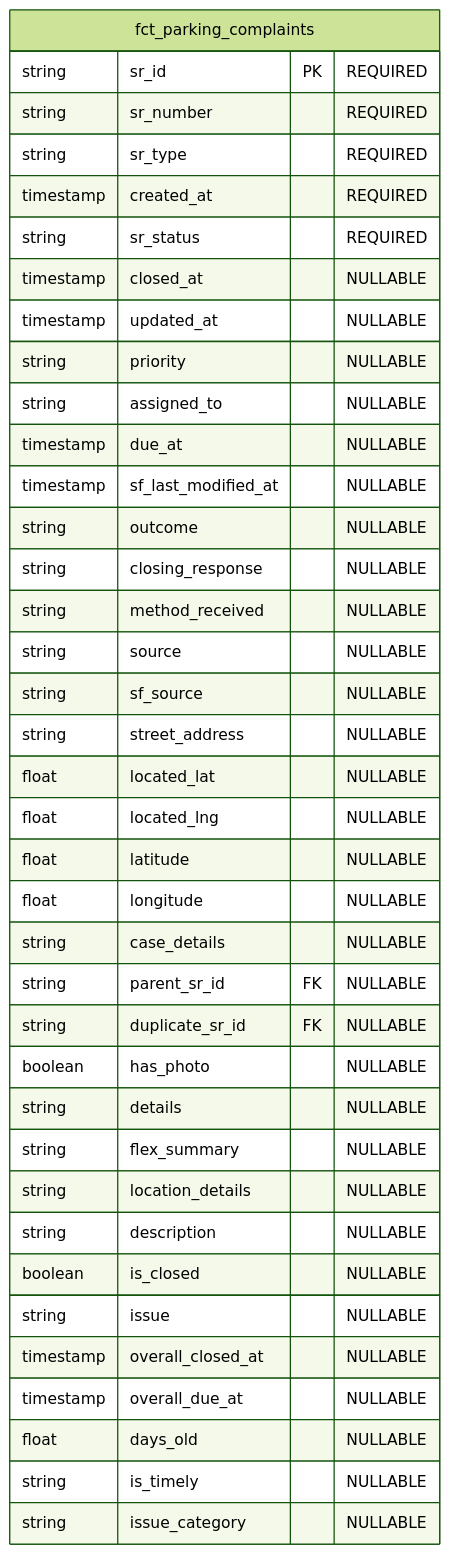
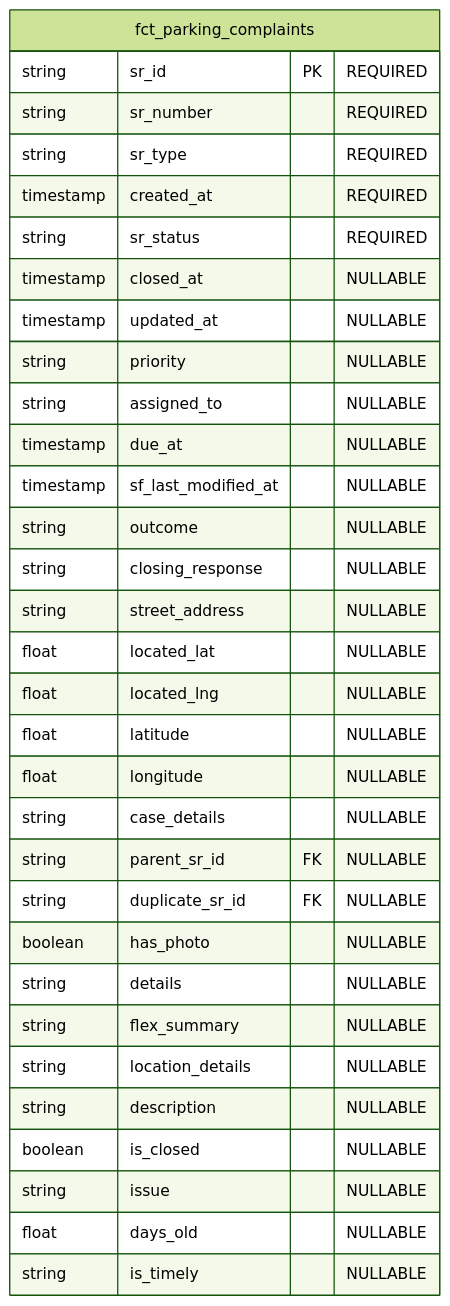
One commit to balt-opi/rfcs changed the third of 3 diagrams in 001-teo-app-backend/proposal.md. Above: the diagram before and after it, drawn with Mermaid (forest theme).

Commit message:
Remove unused fields from fct data model
Removed unnecessary fields from the proposed fact table structure.

````diff
--- a/001-teo-app-backend/proposal.md
+++ b/001-teo-app-backend/proposal.md
@@ -169,41 +169,35 @@
 ```mermaid
 erDiagram
   fct_parking_complaints {
     string sr_id PK "REQUIRED"
     string sr_number "REQUIRED"
     string sr_type "REQUIRED"
     timestamp created_at "REQUIRED"
     string sr_status "REQUIRED"
     timestamp closed_at "NULLABLE"
     timestamp updated_at "NULLABLE"
     string priority "NULLABLE"
     string assigned_to "NULLABLE"
     timestamp due_at "NULLABLE"
     timestamp sf_last_modified_at "NULLABLE"
     string outcome "NULLABLE"
     string closing_response "NULLABLE"
-    string method_received "NULLABLE"
-    string source "NULLABLE"
-    string sf_source "NULLABLE"
     string street_address "NULLABLE"
     float located_lat "NULLABLE"
     float located_lng "NULLABLE"
     float latitude "NULLABLE"
     float longitude "NULLABLE"
     string case_details "NULLABLE"
     string parent_sr_id FK "NULLABLE"
     string duplicate_sr_id FK "NULLABLE"
     boolean has_photo "NULLABLE"
     string details "NULLABLE"
     string flex_summary "NULLABLE"
     string location_details "NULLABLE"
     string description "NULLABLE"
     boolean is_closed "NULLABLE"
     string issue "NULLABLE"
-    timestamp overall_closed_at "NULLABLE"
-    timestamp overall_due_at "NULLABLE"
     float days_old "NULLABLE"
     string is_timely "NULLABLE"
-    string issue_category "NULLABLE"
   }
 ```
````
